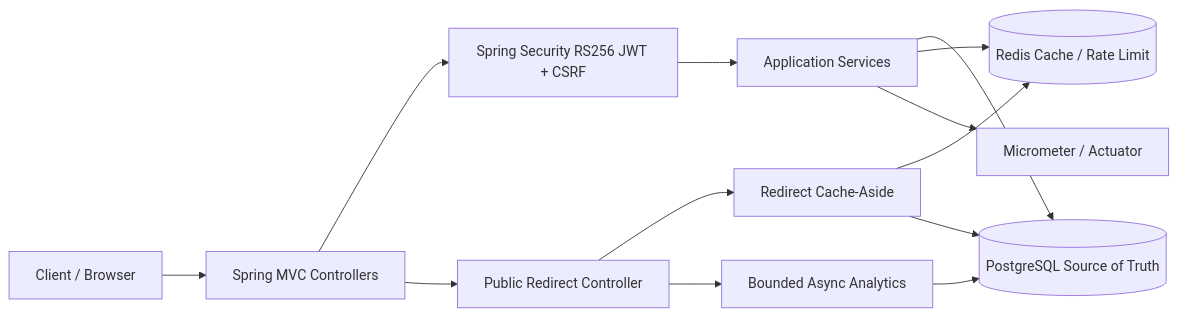
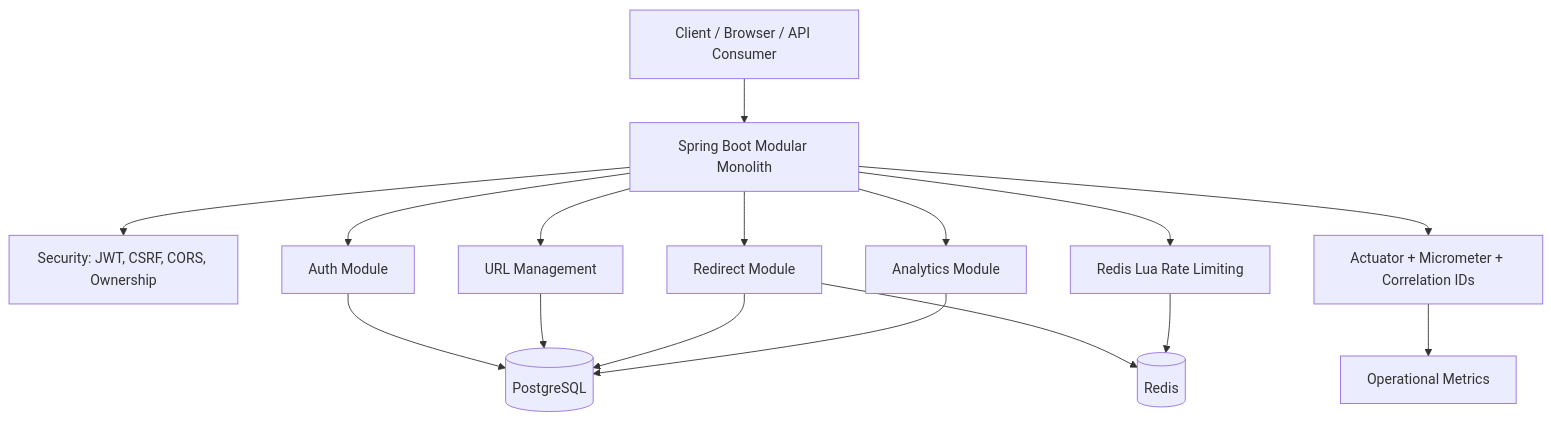
The diagram in README.md (Amankapse/AI-Assisted-URL-Shortener), drawn with Mermaid before and after one commit. The commit also changed other lines of this file and 13 other files, not shown here.

````diff
--- a/README.md
+++ b/README.md
@@ -35,15 +61,18 @@
 ```mermaid
-flowchart LR
-    Client[Client / Browser] --> API[Spring MVC Controllers]
-    API --> Security[Spring Security RS256 JWT + CSRF]
-    Security --> Services[Application Services]
-    Services --> Postgres[(PostgreSQL Source of Truth)]
-    Services --> Redis[(Redis Cache / Rate Limit)]
-    API --> Redirect[Public Redirect Controller]
-    Redirect --> Cache[Redirect Cache-Aside]
-    Cache --> Redis
-    Cache --> Postgres
-    Redirect --> Analytics[Bounded Async Analytics]
+flowchart TB
+    Client[Client / Browser / API Consumer] --> App[Spring Boot Modular Monolith]
+    App --> Security[Security: JWT, CSRF, CORS, Ownership]
+    App --> Auth[Auth Module]
+    App --> Urls[URL Management]
+    App --> Redirect[Redirect Module]
+    App --> Analytics[Analytics Module]
+    App --> RateLimit[Redis Lua Rate Limiting]
+    App --> Observability[Actuator + Micrometer + Correlation IDs]
+    Auth --> Postgres[(PostgreSQL)]
+    Urls --> Postgres
+    Redirect --> Redis[(Redis)]
+    Redirect --> Postgres
     Analytics --> Postgres
-    Services --> Metrics[Micrometer / Actuator]
+    RateLimit --> Redis
+    Observability --> Metrics[Operational Metrics]
 ```
````
